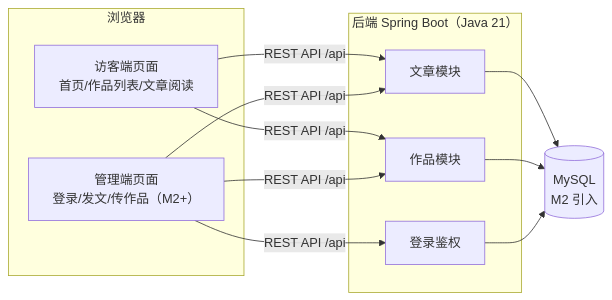
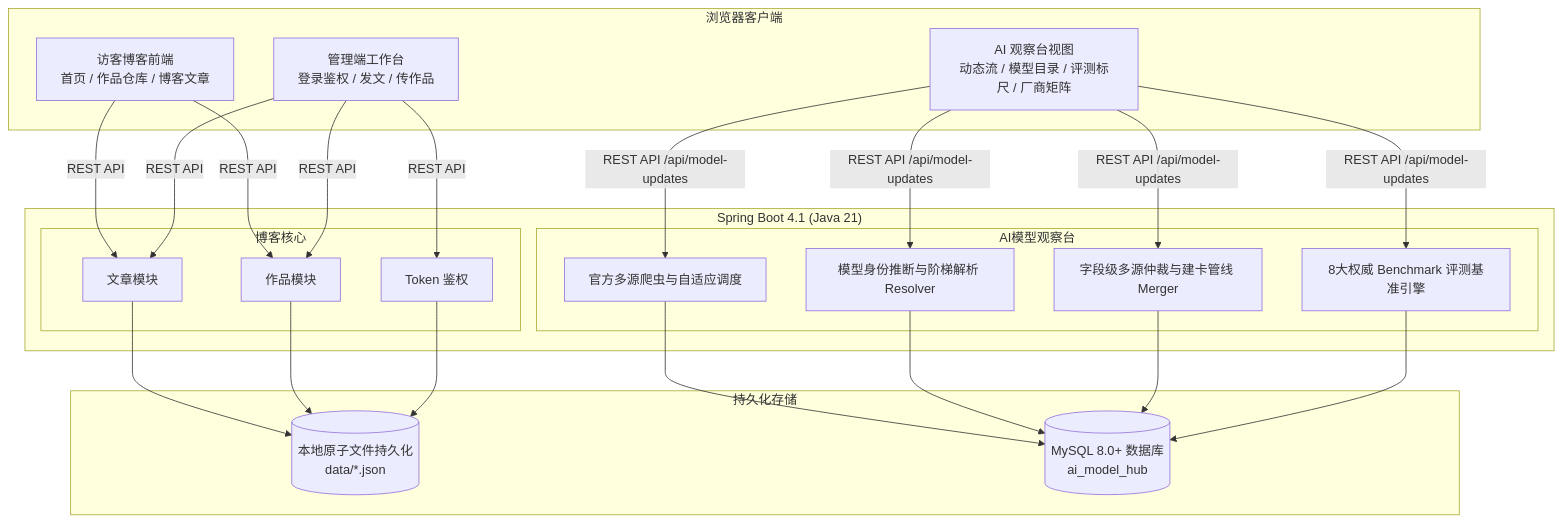
Before and after one commit to Simon-yyy/Agent-Mointor: the diagram in README.md, drawn with Mermaid. The commit also changed other lines of this file and 61 other files, not shown here.

````diff
--- a/README.md
+++ b/README.md
@@ -7,16 +7,33 @@
 ```mermaid
-flowchart LR
-    subgraph 浏览器
-        A[访客端页面<br/>首页/作品列表/文章阅读]
-        B[管理端页面<br/>登录/发文/传作品（M2+）]
+flowchart TD
+    subgraph 浏览器客户端
+        A[访客博客前端<br/>首页 / 作品仓库 / 博客文章]
+        B[管理端工作台<br/>登录鉴权 / 发文 / 传作品]
+        M[AI 观察台视图<br/>动态流 / 模型目录 / 评测标尺 / 厂商矩阵]
     end
-    subgraph backend["后端 Spring Boot（Java 21）"]
-        C[文章模块]
-        D[作品模块]
-        E[登录鉴权]
+
+    subgraph 后端微单体["Spring Boot 4.1 (Java 21)"]
+        subgraph 博客核心
+            C[文章模块]
+            D[作品模块]
+            E[Token 鉴权]
+        end
+        subgraph AI模型观察台
+            F1[官方多源爬虫与自适应调度]
+            F2[模型身份推断与阶梯解析 Resolver]
+            F3[字段级多源仲裁与建卡管线 Merger]
+            F4[8大权威 Benchmark 评测基准引擎]
+        end
     end
-    G[(MySQL<br/>M2 引入)]
-    A -->|REST API /api| C & D
-    B -->|REST API /api| C & D & E
-    C & D & E --> G
+
+    subgraph 持久化存储
+        G1[(本地原子文件持久化<br/>data/*.json)]
+        G2[(MySQL 8.0+ 数据库<br/>ai_model_hub)]
+    end
+
+    A -->|REST API| C & D
+    B -->|REST API| C & D & E
+    M -->|REST API /api/model-updates| F1 & F2 & F3 & F4
+    C & D & E --> G1
+    F1 & F2 & F3 & F4 --> G2
 ```
````
